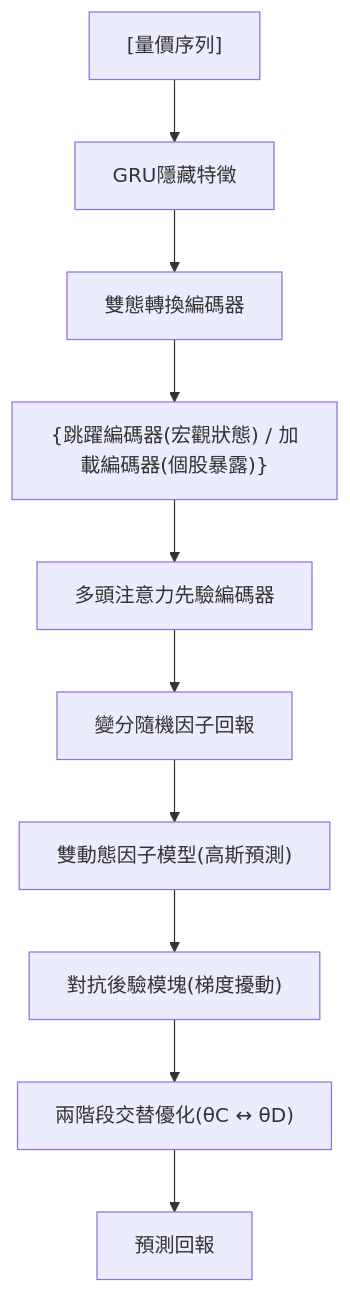
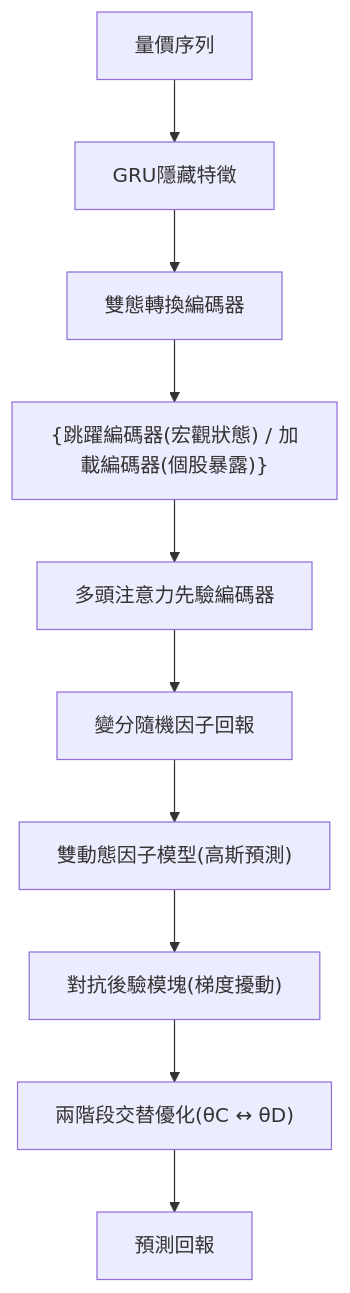
One commit to sou350121/Trading-Handbook changed the diagram in foundations/factor-mining/rsap-dfm.md. Above: the diagram before and after it, drawn with Mermaid. The commit also changed 191 other files, not shown here.

First line of the commit message:
render: fix math + mermaid for GitHub across the corpus (188 pages)

````diff
--- a/foundations/factor-mining/rsap-dfm.md
+++ b/foundations/factor-mining/rsap-dfm.md
@@ -30,12 +30,12 @@
 ```mermaid
 flowchart TD
-    N1["[量價序列]"] --> N2["GRU隱藏特徵"]
+    N1["量價序列"] --> N2["GRU隱藏特徵"]
     N2 --> N3["雙態轉換編碼器"]
     N3 --> N4["{跳躍編碼器(宏觀狀態) / 加載編碼器(個股暴露)}"]
     N4 --> N5["多頭注意力先驗編碼器"]
     N5 --> N6["變分隨機因子回報"]
     N6 --> N7["雙動態因子模型(高斯預測)"]
     N7 --> N8["對抗後驗模塊(梯度擾動)"]
     N8 --> N9["兩階段交替優化(θC ↔ θD)"]
     N9 --> N10["預測回報"]
 ```
````
